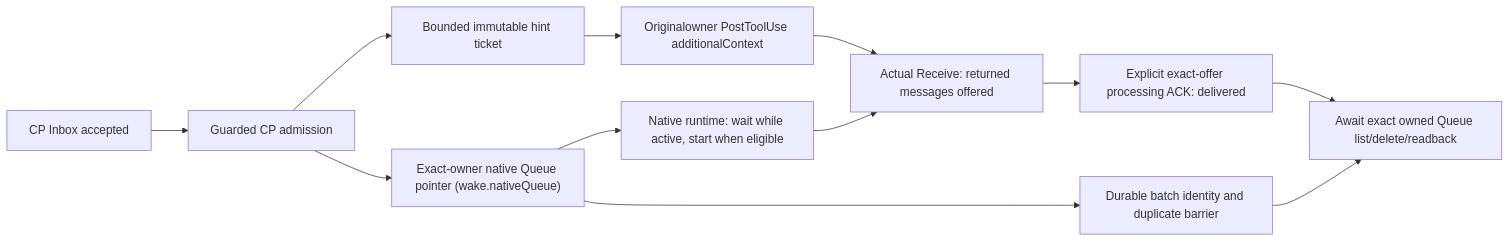
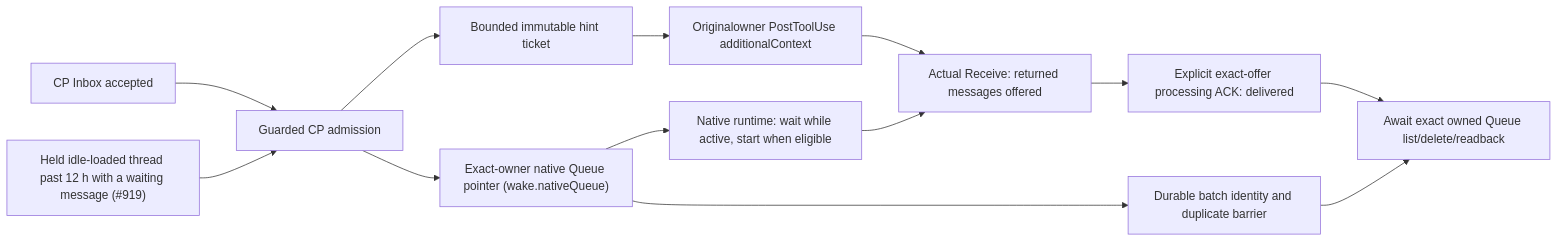
Before and after one commit to CFcon-CH/kherep: the second of 10 diagrams in modules/control-plane/ARCHITECTURE.md, drawn with Mermaid. The commit also changed other lines of this file and 11 other files, not shown here.

````diff
--- a/modules/control-plane/ARCHITECTURE.md
+++ b/modules/control-plane/ARCHITECTURE.md
@@ -748,14 +760,15 @@
 ```mermaid
 flowchart LR
   accepted[CP Inbox accepted] --> admission[Guarded CP admission]
   admission --> ticket[Bounded immutable hint ticket]
   admission --> native["Exact-owner native Queue pointer (wake.nativeQueue)"]
+  held["Held idle-loaded thread past 12 h with a waiting message (#919)"] --> admission
   native --> turn[Native runtime: wait while active, start when eligible]
   turn --> receive
   ticket --> hook[Originalowner PostToolUse additionalContext]
   hook --> receive[Actual Receive: returned messages offered]
   receive --> ack[Explicit exact-offer processing ACK: delivered]
   ack --> reconcile[Await exact owned Queue list/delete/readback]
   native --> attempts[Durable batch identity and duplicate barrier]
   attempts --> reconcile
 ```
````
